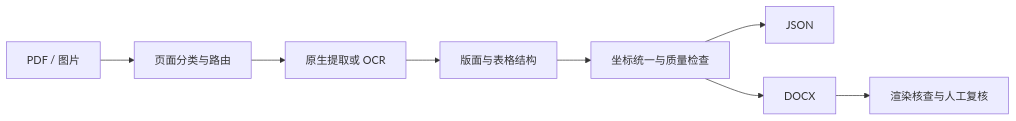
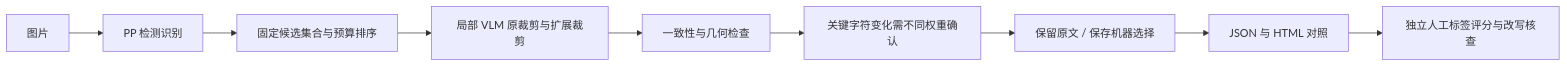
Before and after one commit to YSADF/ocr-document-showcase: the diagram in README.md, drawn with Mermaid. The commit also changed other lines of this file and 37 other files, not shown here.

Commit message:
Add bounded OCR/VLM demo, static routing evidence and blind holdout preparation

````diff
--- a/README.md
+++ b/README.md
@@ -92,10 +44,11 @@
 ```mermaid
 flowchart LR
-    A[PDF / 图片] --> B[页面分类与路由]
-    B --> C[原生提取或 OCR]
-    C --> D[版面与表格结构]
-    D --> E[坐标统一与质量检查]
-    E --> F[JSON]
-    E --> G[DOCX]
-    G --> H[渲染核查与人工复核]
+  A[图片] --> B[PP 检测识别]
+  B --> C[固定候选集合与预算排序]
+  C --> D[局部 VLM 原裁剪与扩展裁剪]
+  D --> E[一致性与几何检查]
+  E --> F[关键字符变化需不同权重确认]
+  F --> G[保留原文 / 保存机器选择]
+  G --> H[JSON 与 HTML 对照]
+  H --> I[独立人工标签评分与改写核查]
 ```
````
